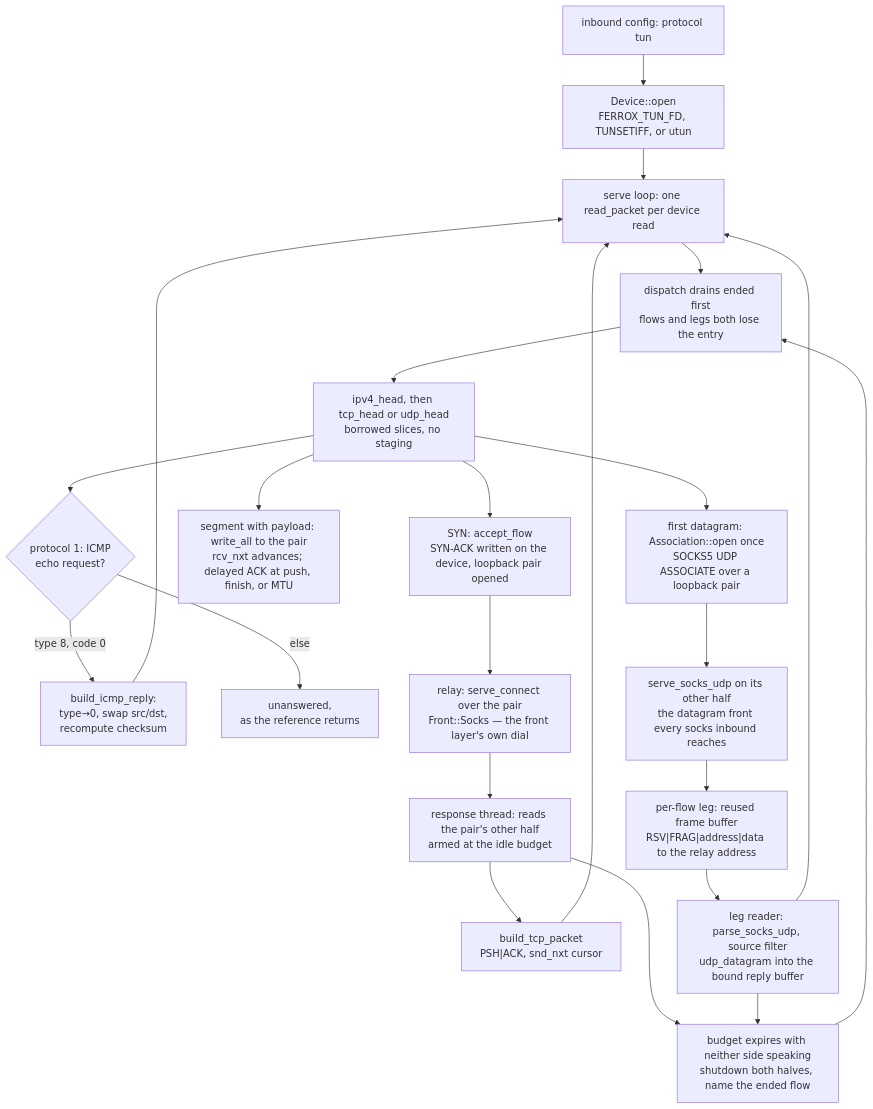
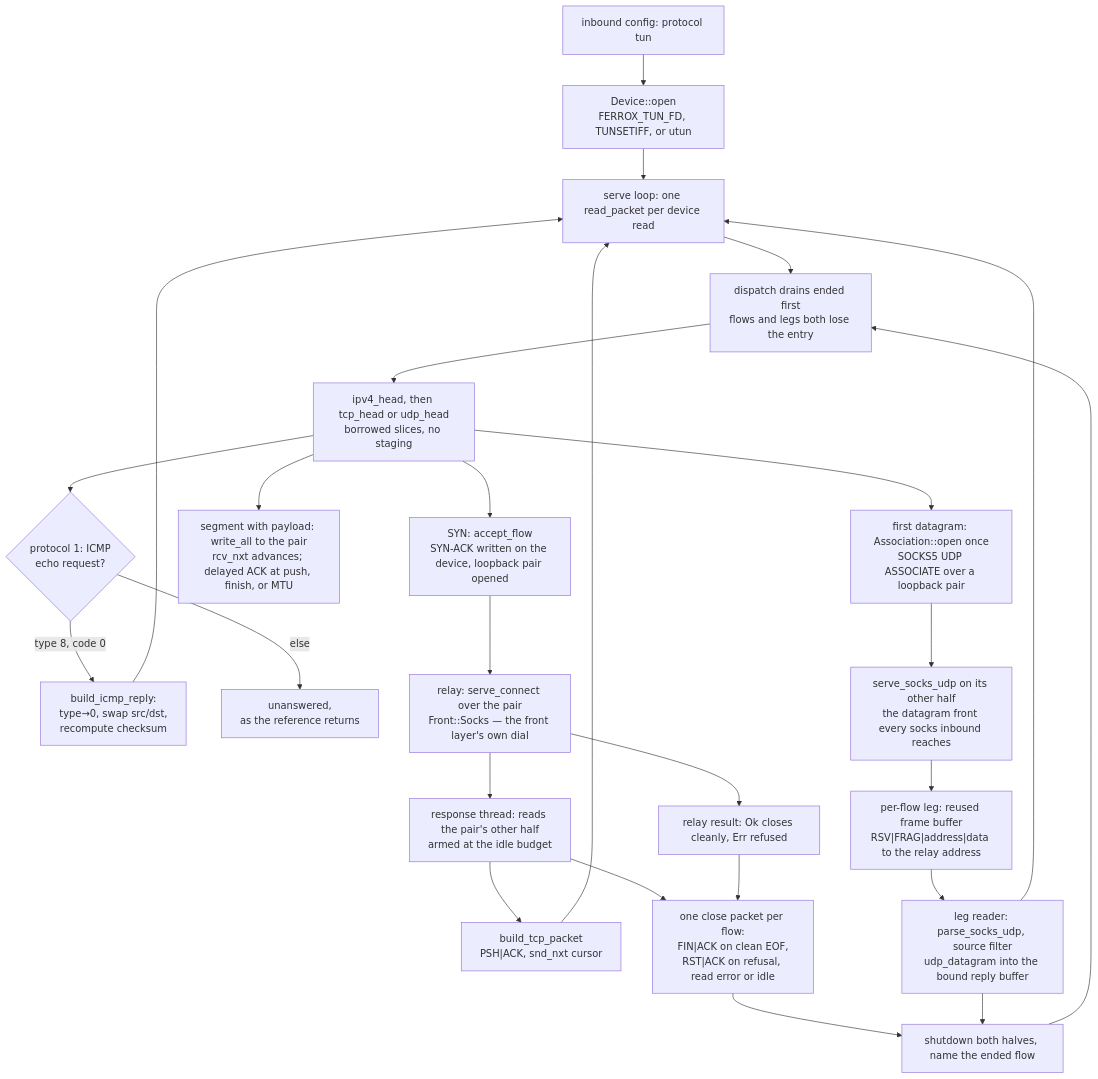
One commit to Ferrocite/ferrox changed the diagram in docs/function/front-tun.md. Above: the diagram before and after it, drawn with Mermaid. The commit also changed other lines of this file and 3 other files, not shown here.

Commit message:
tun: finish or reset a flow when its proxy leg ends

````diff
--- a/docs/function/front-tun.md
+++ b/docs/function/front-tun.md
@@ -11,25 +11,28 @@
 ```mermaid
 graph TD
     A["inbound config: protocol tun"] --> B["Device::open<br/>FERROX_TUN_FD, TUNSETIFF, or utun"]
     B --> C["serve loop: one read_packet per device read"]
     C --> O["dispatch drains ended first<br/>flows and legs both lose the entry"]
     O --> D["ipv4_head, then tcp_head or udp_head<br/>borrowed slices, no staging"]
     D --> IC{"protocol 1: ICMP<br/>echo request?"}
     IC -- "type 8, code 0" --> ICa["build_icmp_reply:<br/>type→0, swap src/dst,<br/>recompute checksum"]
     ICa --> C
     IC -- "else" --> ICx["unanswered,<br/>as the reference returns"]
     D --> E["SYN: accept_flow<br/>SYN-ACK written on the device, loopback pair opened"]
     E --> F["relay: serve_connect over the pair<br/>Front::Socks — the front layer's own dial"]
     D --> G["segment with payload: write_all to the pair<br/>rcv_nxt advances; delayed ACK at push, finish, or MTU"]
     F --> H["response thread: reads the pair's other half<br/>armed at the idle budget"]
+    F --> HC["relay result: Ok closes cleanly, Err refused"]
     H --> I["build_tcp_packet<br/>PSH|ACK, snd_nxt cursor"]
     I --> C
+    H --> HF["one close packet per flow:<br/>FIN|ACK on clean EOF,<br/>RST|ACK on refusal, read error or idle"]
+    HC --> HF
     D --> J["first datagram: Association::open once<br/>SOCKS5 UDP ASSOCIATE over a loopback pair"]
     J --> K["serve_socks_udp on its other half<br/>the datagram front every socks inbound reaches"]
     K --> L["per-flow leg: reused frame buffer<br/>RSV|FRAG|address|data to the relay address"]
     L --> M["leg reader: parse_socks_udp, source filter<br/>udp_datagram into the bound reply buffer"]
     M --> C
-    H --> N["budget expires with neither side speaking<br/>shutdown both halves, name the ended flow"]
+    HF --> N["shutdown both halves, name the ended flow"]
     M --> N
     N --> O
 ```
````
